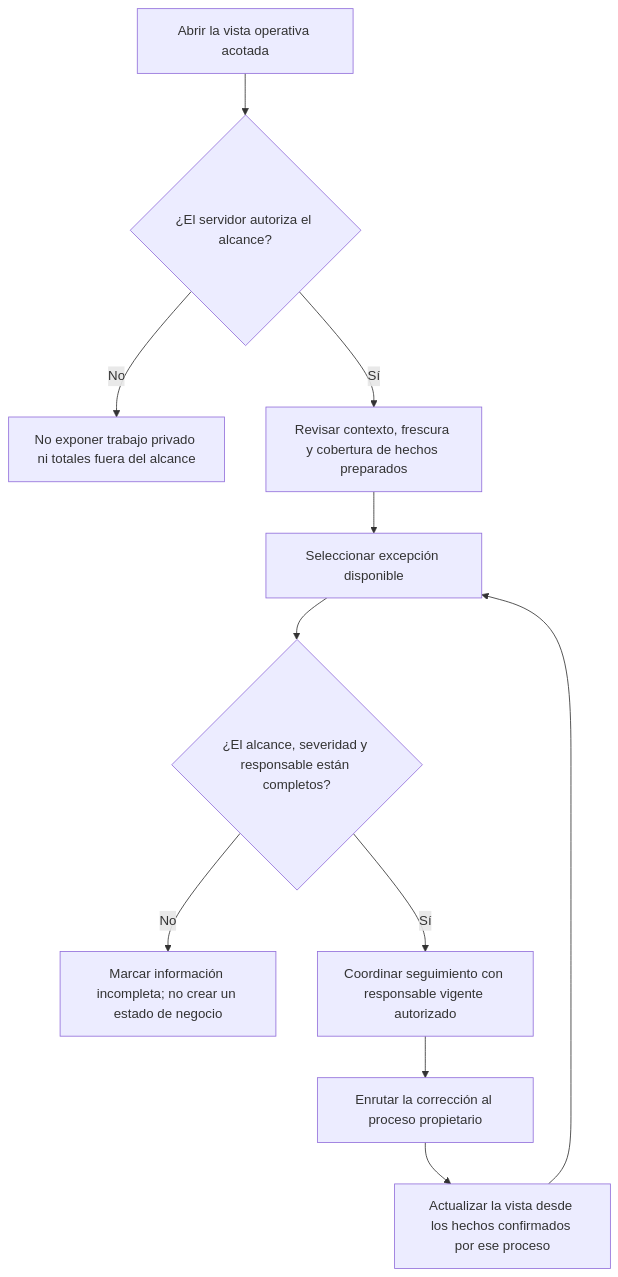
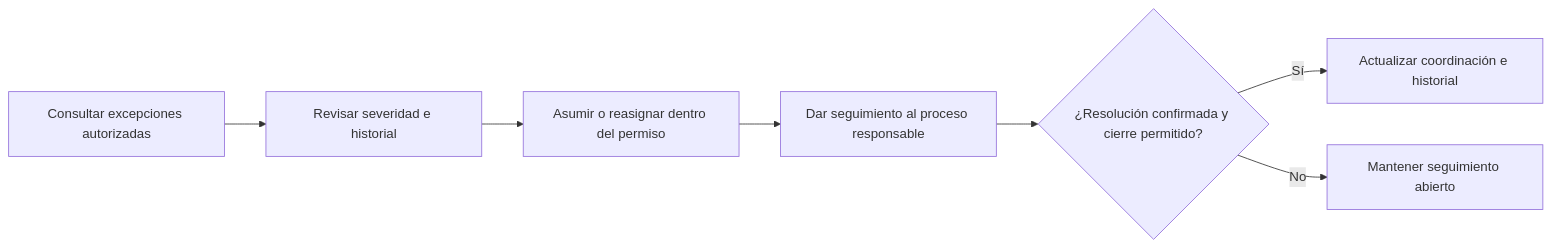
One commit to nexa-suite/mobile-report changed the seventh of 8 diagrams in report/03-solution-ui-ux-design/3.1-product-design/3.1.4-mobile-applications-ux-ui-design/3.1.4.4-mobile-application-user-flows.md. Above: the diagram before and after it, drawn with Mermaid. The commit also changed other lines of this file and 65 other files, not shown here.

````diff
--- a/report/03-solution-ui-ux-design/3.1-product-design/3.1.4-mobile-applications-ux-ui-design/3.1.4.4-mobile-application-user-flows.md
+++ b/report/03-solution-ui-ux-design/3.1-product-design/3.1.4-mobile-applications-ux-ui-design/3.1.4.4-mobile-application-user-flows.md
@@ -190,13 +145,9 @@
 ```mermaid
-flowchart TD
-    A["Abrir la vista operativa acotada"] --> B{"¿El servidor autoriza el alcance?"}
-    B -->|No| C["No exponer trabajo privado ni totales fuera del alcance"]
-    B -->|Sí| D["Revisar contexto, frescura y cobertura de hechos preparados"]
-    D --> E["Seleccionar excepción disponible"]
-    E --> F{"¿El alcance, severidad y responsable están completos?"}
-    F -->|No| G["Marcar información incompleta; no crear un estado de negocio"]
-    F -->|Sí| H["Coordinar seguimiento con responsable vigente autorizado"]
-    H --> I["Enrutar la corrección al proceso propietario"]
-    I --> J["Actualizar la vista desde los hechos confirmados por ese proceso"]
-    J --> E
+flowchart LR
+  A["Consultar excepciones autorizadas"] --> B["Revisar severidad e historial"]
+  B --> C["Asumir o reasignar dentro del permiso"]
+  C --> D["Dar seguimiento al proceso responsable"]
+  D --> E{"¿Resolución confirmada y cierre permitido?"}
+  E -->|"Sí"| F["Actualizar coordinación e historial"]
+  E -->|"No"| G["Mantener seguimiento abierto"]
 ```
````
